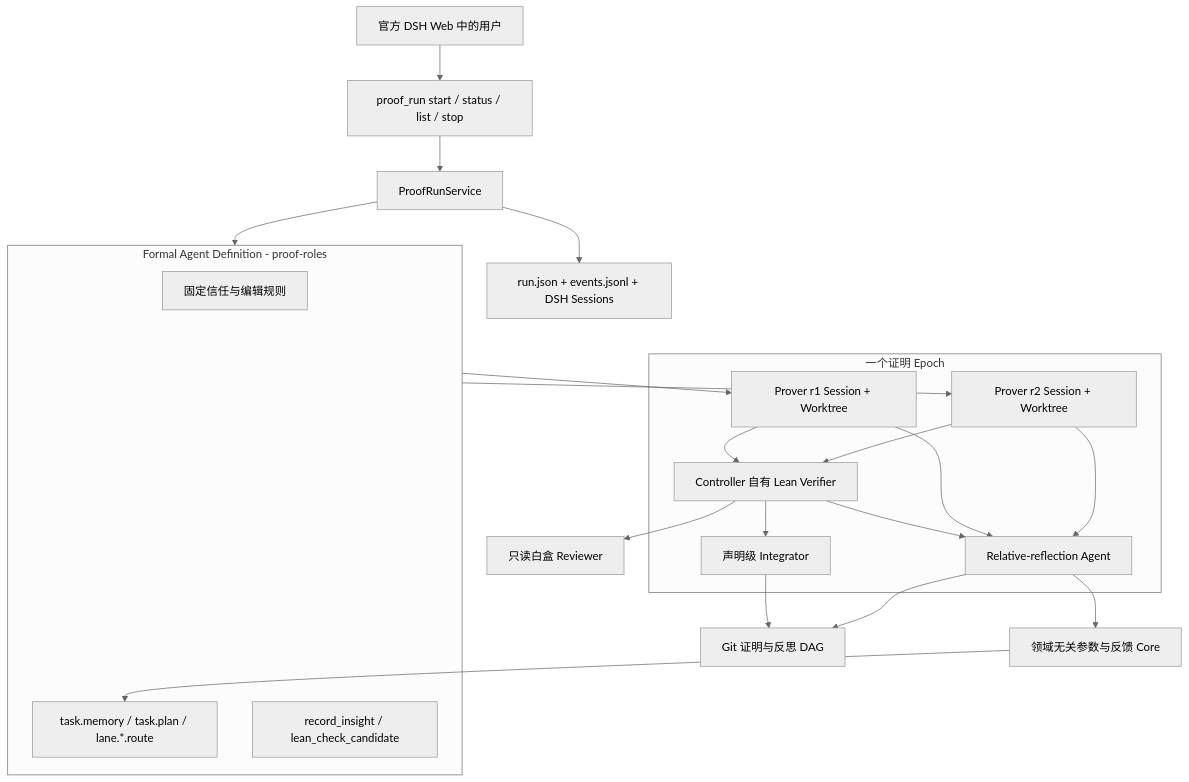
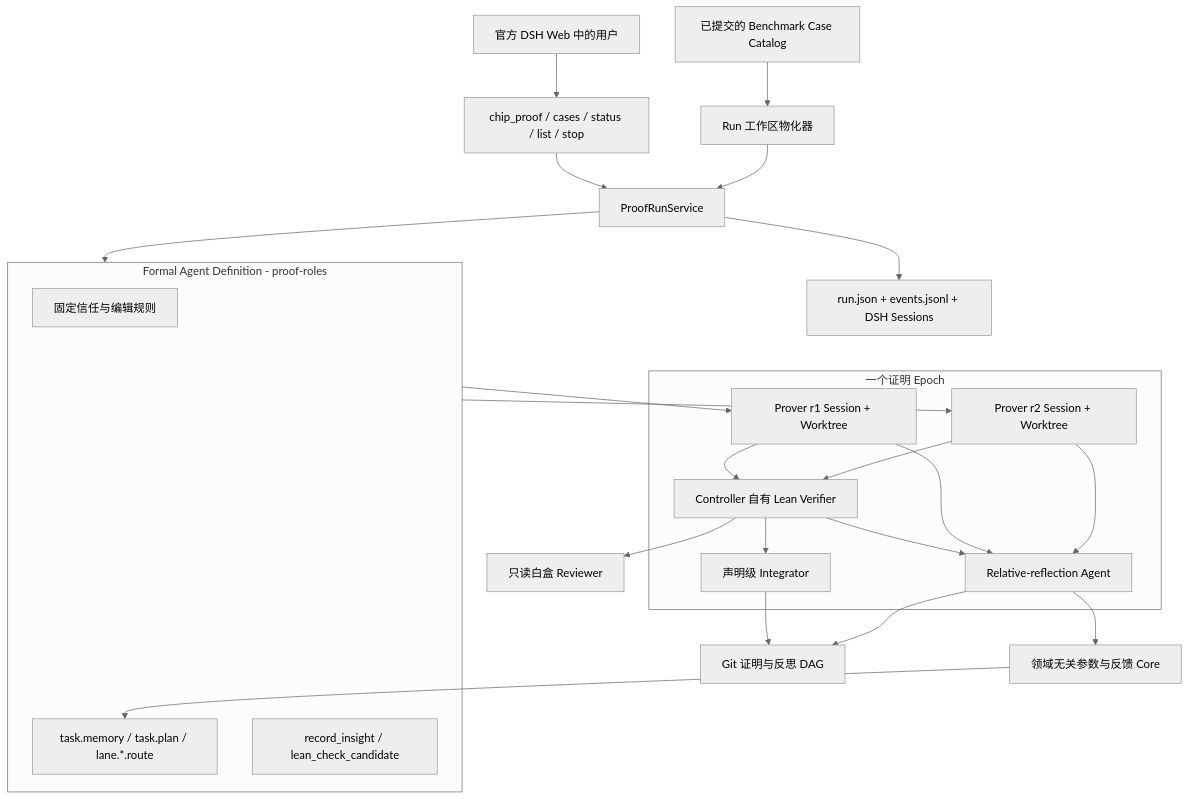
Before and after one commit to BruceLoveLee000/tokens-as-parameters: the first of 2 diagrams in docs/zh-CN/architecture/dsh-formal-proof-bundle.md, drawn with Mermaid (neutral theme). The commit also changed other lines of this file and 40 other files, not shown here.

````diff
--- a/docs/zh-CN/architecture/dsh-formal-proof-bundle.md
+++ b/docs/zh-CN/architecture/dsh-formal-proof-bundle.md
@@ -9,40 +11,42 @@
 ```mermaid
 flowchart TB
-  User[官方 DSH Web 中的用户] --> Tools[proof_run start / status / list / stop]
+  User[官方 DSH Web 中的用户] --> Tools[chip_proof / cases / status / list / stop]
   Tools --> Runtime[ProofRunService]
+  Catalog[已提交的 Benchmark Case Catalog] --> Materializer[Run 工作区物化器]
+  Materializer --> Runtime
 
   subgraph Definition[Formal Agent Definition - proof-roles]
     Fixed[固定信任与编辑规则]
     Params[task.memory / task.plan / lane.*.route]
     DomainTools[record_insight / lean_check_candidate]
   end
 
   subgraph Epoch[一个证明 Epoch]
     R1[Prover r1 Session + Worktree]
     R2[Prover r2 Session + Worktree]
     Checker[Controller 自有 Lean Verifier]
     Integrator[声明级 Integrator]
     Reflector[Relative-reflection Agent]
   end
 
   Core[领域无关参数与反馈 Core]
   Git[Git 证明与反思 DAG]
   Observer[run.json + events.jsonl + DSH Sessions]
   Reviewer[只读白盒 Reviewer]
 
   Runtime --> Definition
   Definition --> R1
   Definition --> R2
   Core --> Params
   R1 --> Checker
   R2 --> Checker
   Checker --> Integrator
   Checker --> Reflector
   R1 --> Reflector
   R2 --> Reflector
   Reflector --> Core
   Integrator --> Git
   Reflector --> Git
   Runtime --> Observer
   Checker --> Reviewer
 ```
````
